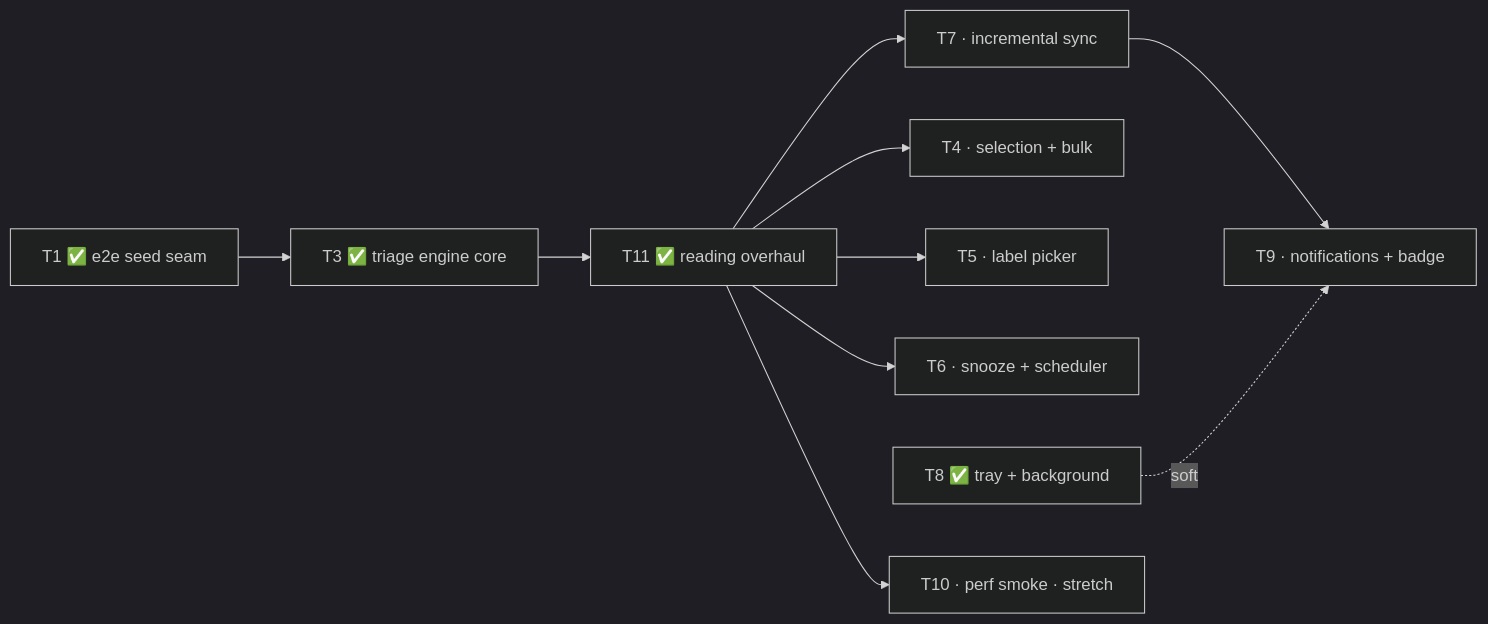
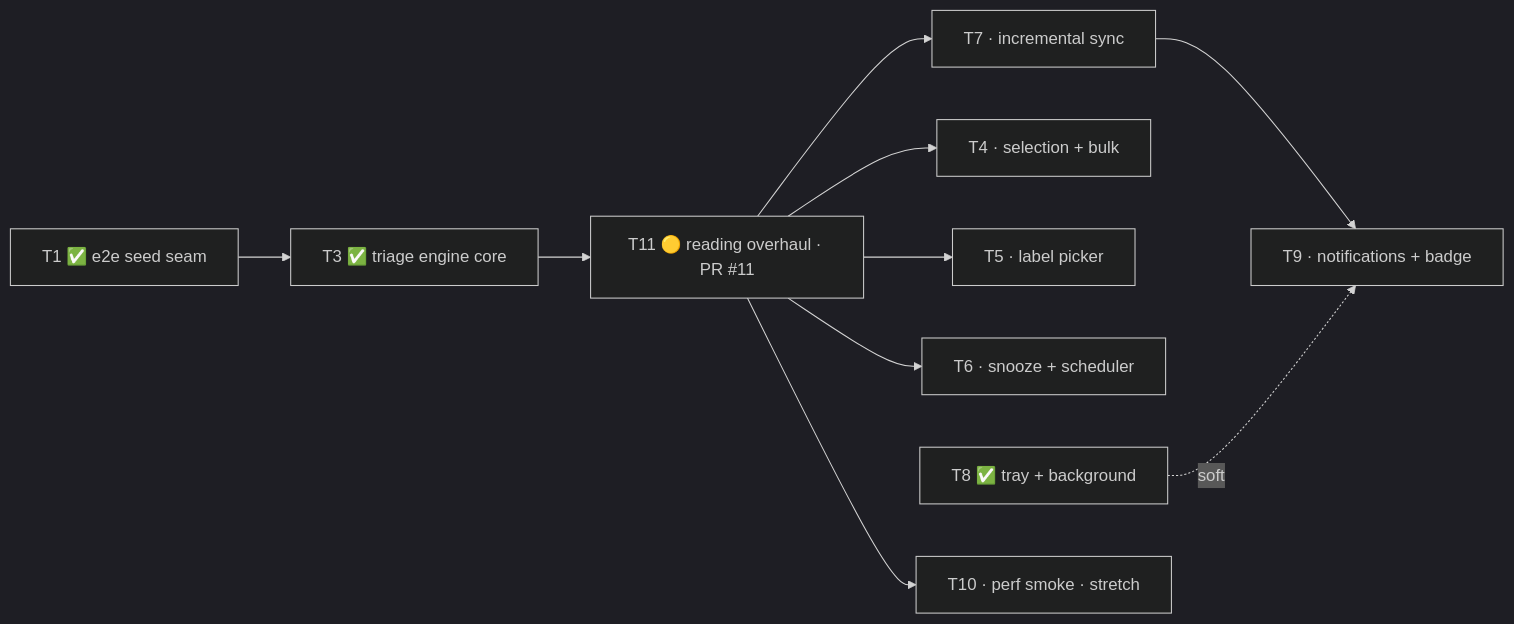
Before and after one commit to stephenw310/attn: the diagram in docs/M1-PLAN.md, drawn with Mermaid (dark theme). The commit also changed other lines of this file and 1 other file, not shown here.

````diff
--- a/docs/M1-PLAN.md
+++ b/docs/M1-PLAN.md
@@ -33,23 +33,23 @@
 ```mermaid
 graph LR
   T1[T1 ✅ e2e seed seam]
   T3[T3 ✅ triage engine core]
   T8[T8 ✅ tray + background]
-  T11[T11 ✅ reading overhaul]
+  T11[T11 🟡 reading overhaul · PR #11]
   T4[T4 · selection + bulk]
   T5[T5 · label picker]
   T6[T6 · snooze + scheduler]
   T7[T7 · incremental sync]
   T9[T9 · notifications + badge]
   T10[T10 · perf smoke · stretch]
 
   T1 --> T3
   T3 --> T11
   T11 --> T4
   T11 --> T5
   T11 --> T6
   T11 --> T7
   T11 --> T10
   T7 --> T9
   T8 -.soft.-> T9
 ```
````
